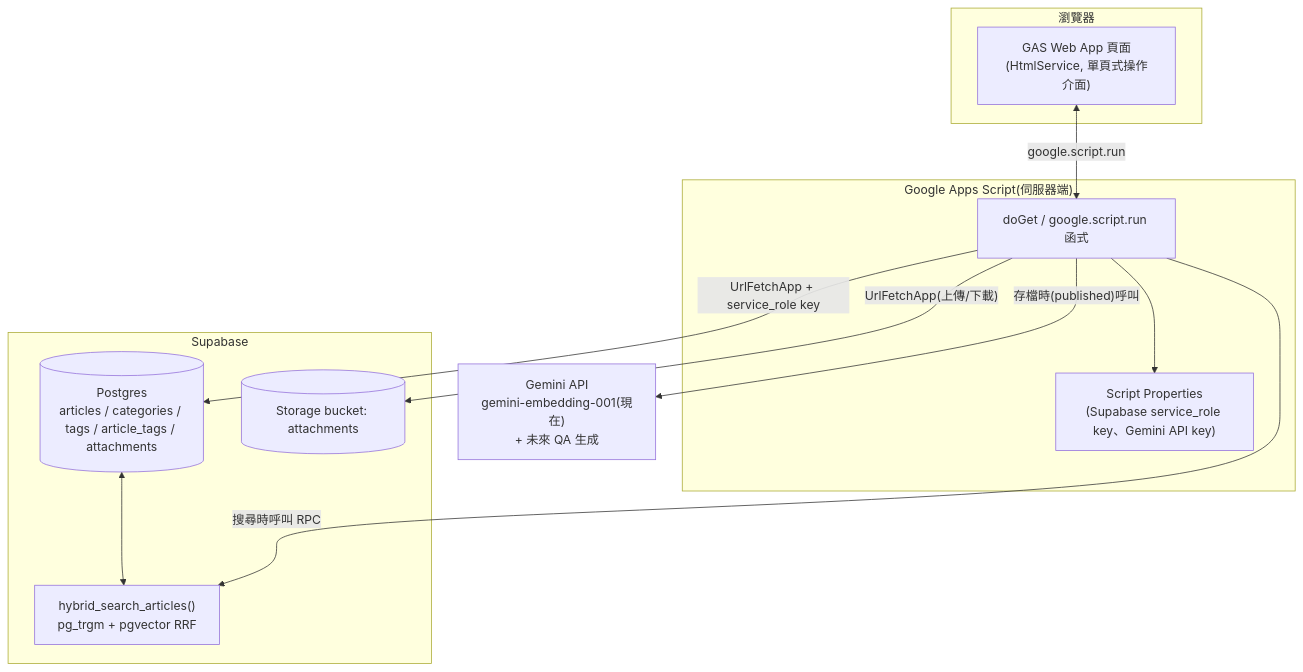
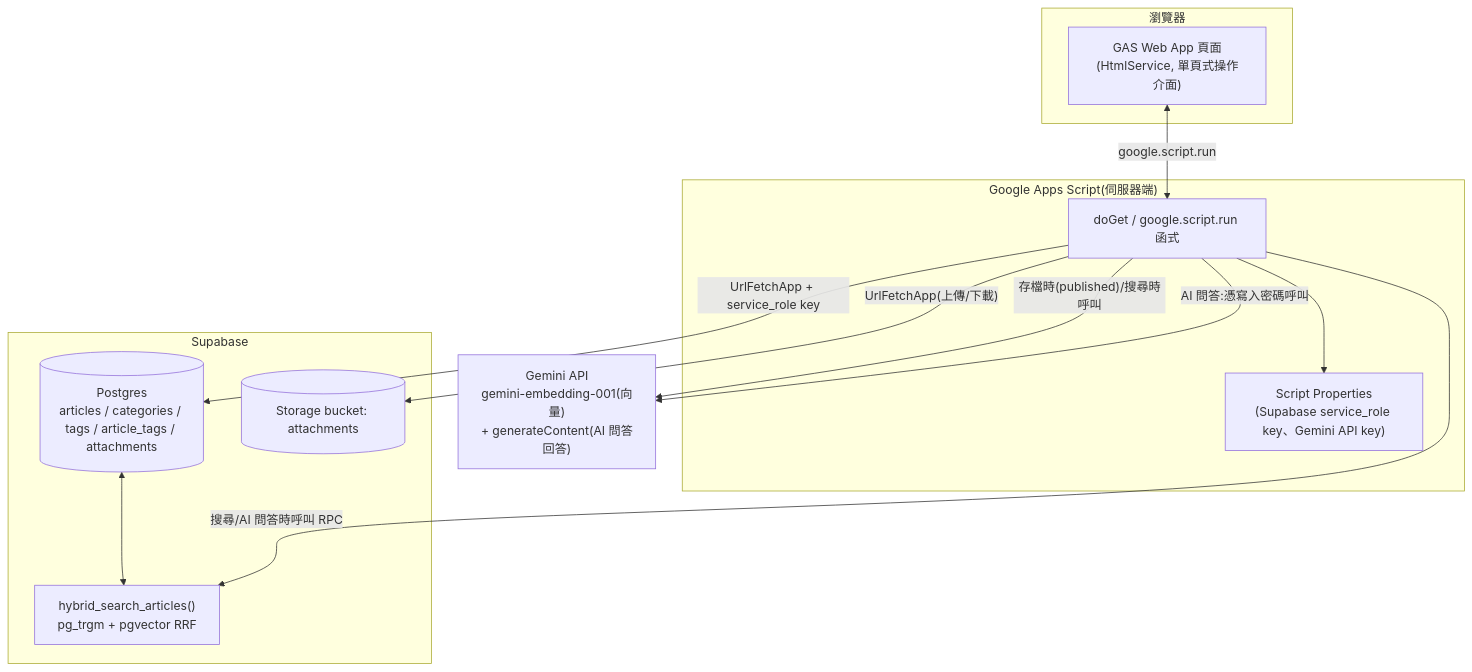
The diagram in README.md (slc6172/KnowledgeBase), drawn with Mermaid before and after one commit. The commit also changed other lines of this file and 84 other files, not shown here.

````diff
--- a/README.md
+++ b/README.md
@@ -30,27 +32,28 @@
 ```mermaid
 flowchart TB
     subgraph Browser["瀏覽器"]
         UI["GAS Web App 頁面<br/>(HtmlService, 單頁式操作介面)"]
     end
 
     subgraph GAS["Google Apps Script(伺服器端)"]
         Router["doGet / google.script.run 函式"]
         Secrets["Script Properties<br/>(Supabase service_role key、Gemini API key)"]
     end
 
     subgraph Supabase["Supabase"]
         PG[("Postgres<br/>articles / categories / tags / article_tags / attachments")]
         Storage[("Storage bucket: attachments")]
         RPC["hybrid_search_articles()<br/>pg_trgm + pgvector RRF"]
     end
 
-    Gemini["Gemini API<br/>gemini-embedding-001(現在)<br/>+ 未來 QA 生成"]
+    Gemini["Gemini API<br/>gemini-embedding-001(向量)<br/>+ generateContent(AI 問答回答)"]
 
     UI <-- "google.script.run" --> Router
     Router -- "UrlFetchApp + service_role key" --> PG
     Router -- "UrlFetchApp(上傳/下載)" --> Storage
-    Router -- "存檔時(published)呼叫" --> Gemini
+    Router -- "存檔時(published)/搜尋時呼叫" --> Gemini
+    Router -- "AI 問答:憑寫入密碼呼叫" --> Gemini
     Router --> Secrets
     PG <---> RPC
-    Router -- "搜尋時呼叫 RPC" --> RPC
+    Router -- "搜尋/AI 問答時呼叫 RPC" --> RPC
 ```
````
